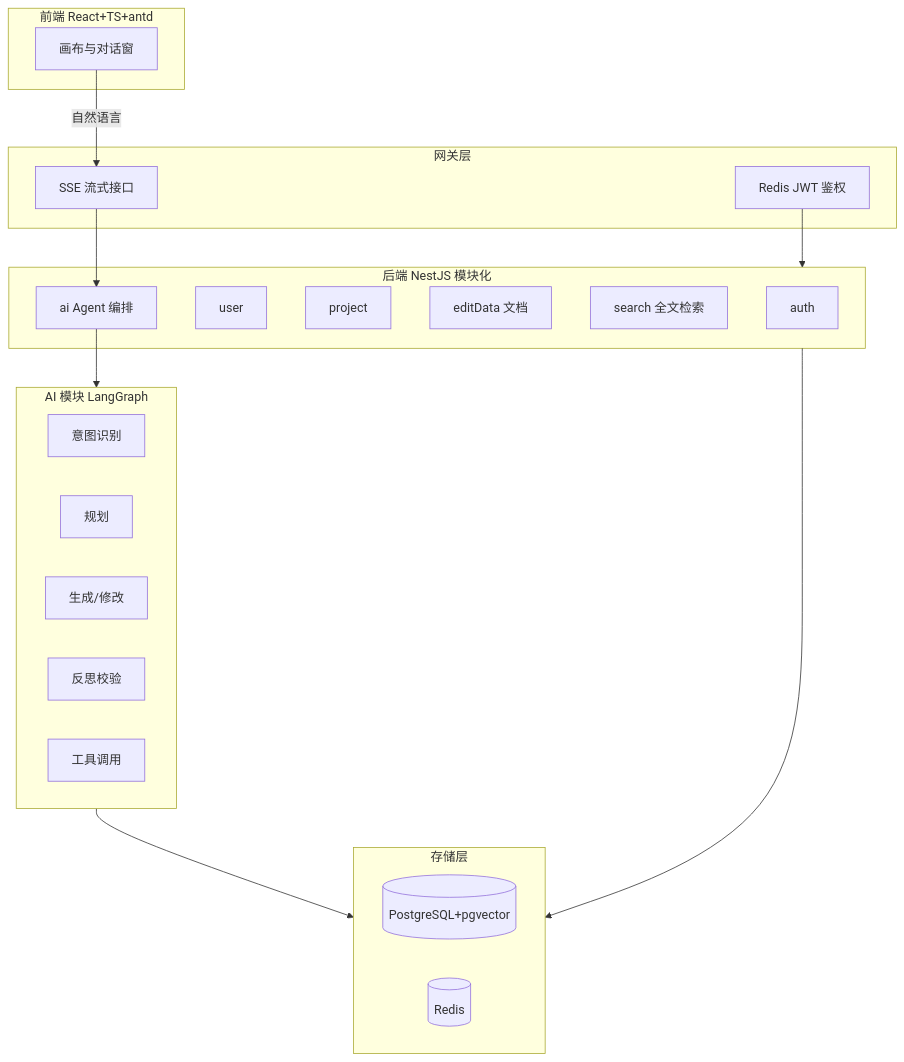
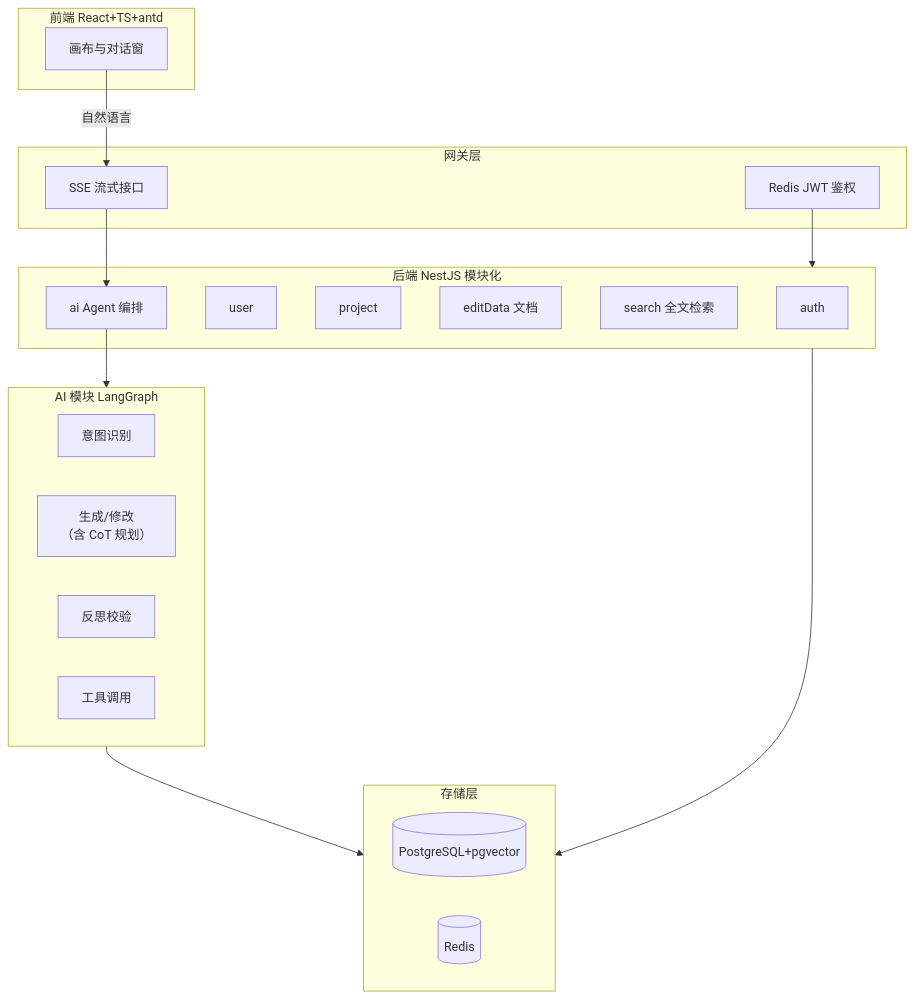
One commit to linghuchong-asen/project changed the second of 2 diagrams in docs/ai-tech/backend/index.md. Above: the diagram before and after it, drawn with Mermaid. The commit also changed other lines of this file and 23 other files, not shown here.

````diff
--- a/docs/ai-tech/backend/index.md
+++ b/docs/ai-tech/backend/index.md
@@ -86,35 +86,34 @@
 ```mermaid
 graph TB
   subgraph Client["前端 React+TS+antd"]
     UI["画布与对话窗"]
   end
   subgraph Gateway["网关层"]
     SSE["SSE 流式接口"]
     JWT["Redis JWT 鉴权"]
   end
   subgraph Server["后端 NestJS 模块化"]
     Auth["auth"]
     User["user"]
     Project["project"]
     Editor["editData 文档"]
     Search["search 全文检索"]
     AI["ai Agent 编排"]
   end
   subgraph Agent["AI 模块 LangGraph"]
     Intent["意图识别"]
-    Plan["规划"]
-    Gen["生成/修改"]
+    Gen["生成/修改\n（含 CoT 规划）"]
     Reflect["反思校验"]
     Tools["工具调用"]
   end
   subgraph Store["存储层"]
     PG[("PostgreSQL+pgvector")]
     Redis[("Redis")]
   end
   UI -->|自然语言| SSE
   JWT --> Server
   SSE --> AI
   AI --> Agent
   Agent --> Store
   Server --> Store
 ```
````
